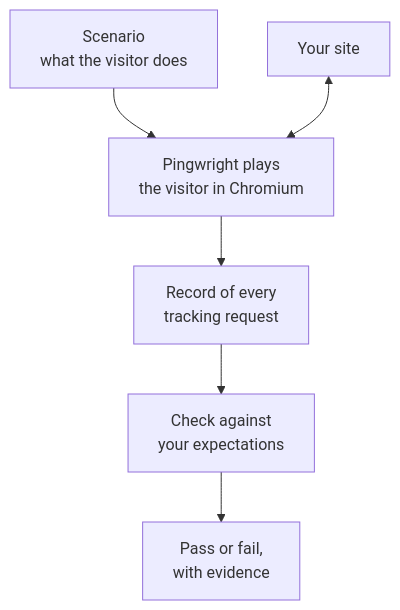
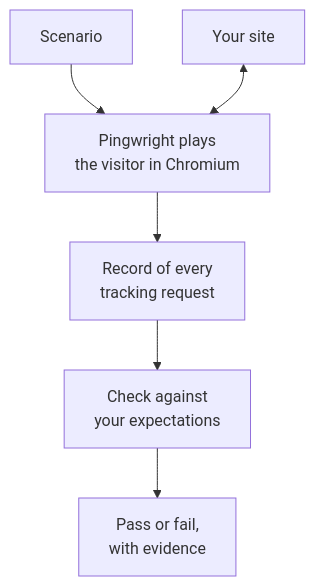
The first of 3 diagrams in docs/guide/what-it-checks.md (alfhen/pingwright), drawn with Mermaid before and after one commit. The commit also changed 6 other files, not shown here.

Commit message:
Docs diagrams: fit a 390 px screen without sideways scrolling

````diff
--- a/docs/guide/what-it-checks.md
+++ b/docs/guide/what-it-checks.md
@@ -11,8 +11,8 @@
 ```mermaid
 flowchart TB
-  scenario["Scenario<br/>what the visitor does"] --> browser["Pingwright plays<br/>the visitor in Chromium"]
+  scenario["Scenario"] --> browser["Pingwright plays<br/>the visitor in Chromium"]
   site["Your site"] <--> browser
   browser --> record["Record of every<br/>tracking request"]
   record --> check["Check against<br/>your expectations"]
   check --> result["Pass or fail,<br/>with evidence"]
 ```
````
